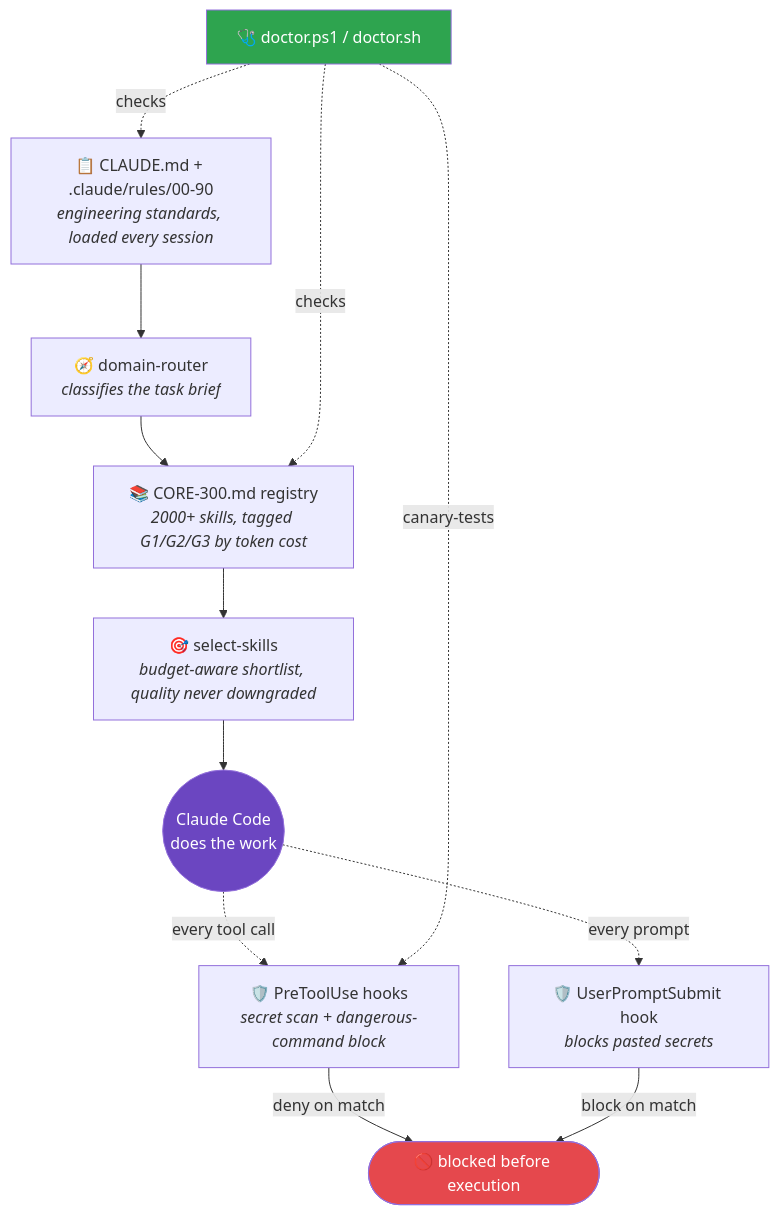
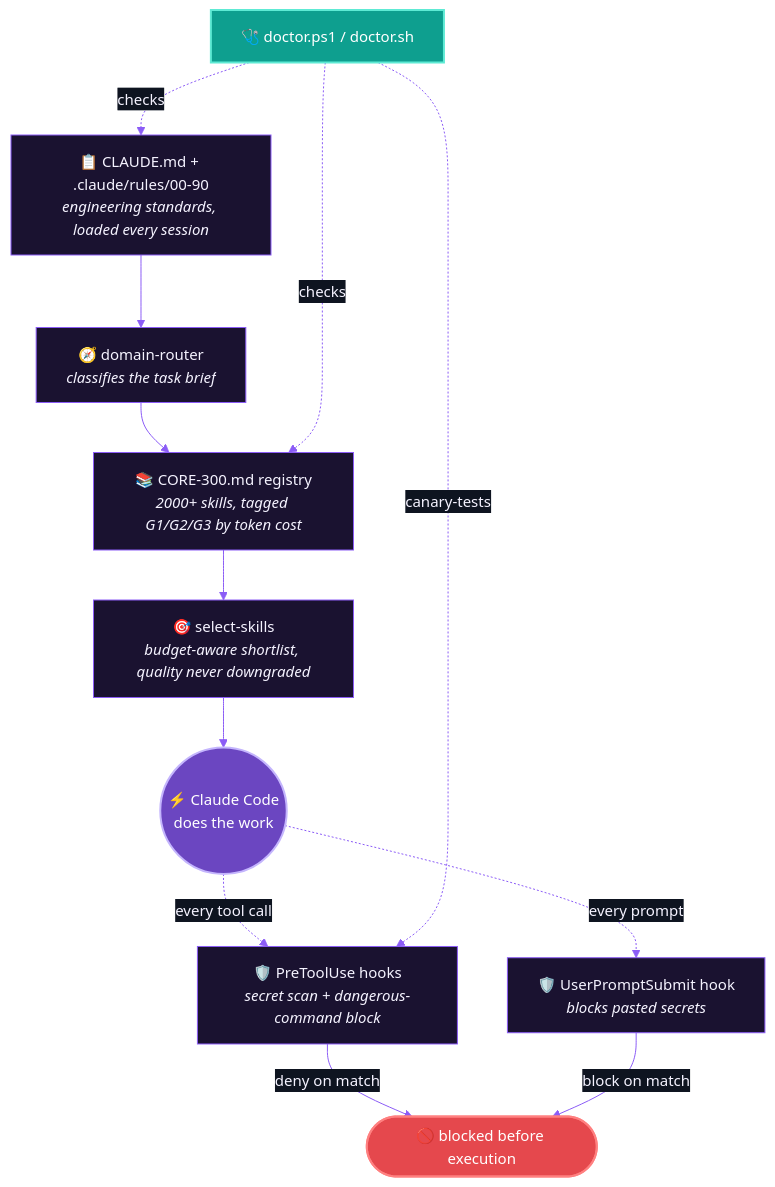
Before and after one commit to srednoff888-art/srednoff-os-for-claude: the diagram in README.md, drawn with Mermaid. The commit also changed other lines of this file and 7 other files, not shown here.

````diff
--- a/README.md
+++ b/README.md
@@ -42,18 +76,23 @@
 ```mermaid
+%%{init: {'theme':'base', 'themeVariables': {
+  'primaryColor':'#1a1230', 'primaryTextColor':'#f5f3ff', 'primaryBorderColor':'#8b5cf6',
+  'lineColor':'#8b5cf6', 'secondaryColor':'#0e1420', 'tertiaryColor':'#0a0a12',
+  'fontFamily':'Segoe UI, sans-serif', 'fontSize':'15px'
+}}}%%
 flowchart TD
     A["📋 CLAUDE.md + .claude/rules/00-90<br/><i>engineering standards, loaded every session</i>"] --> B["🧭 domain-router<br/><i>classifies the task brief</i>"]
     B --> C["📚 CORE-300.md registry<br/><i>2000+ skills, tagged G1/G2/G3 by token cost</i>"]
     C --> D["🎯 select-skills<br/><i>budget-aware shortlist, quality never downgraded</i>"]
-    D --> E(("Claude Code<br/>does the work"))
+    D --> E(("⚡ Claude Code<br/>does the work"))
     E -.every tool call.-> F["🛡️ PreToolUse hooks<br/><i>secret scan + dangerous-command block</i>"]
     E -.every prompt.-> G["🛡️ UserPromptSubmit hook<br/><i>blocks pasted secrets</i>"]
     F -->|deny on match| X(["🚫 blocked before execution"])
     G -->|block on match| X
     H["🩺 doctor.ps1 / doctor.sh"] -.checks.-> A
     H -.checks.-> C
     H -.canary-tests.-> F
 
-    style E fill:#6b46c1,color:#fff
-    style X fill:#e5484d,color:#fff
-    style H fill:#2ea44f,color:#fff
+    style E fill:#6b46c1,color:#fff,stroke:#c4b5fd,stroke-width:2px
+    style X fill:#e5484d,color:#fff,stroke:#ff8080,stroke-width:2px
+    style H fill:#0e9f8f,color:#fff,stroke:#5eead4,stroke-width:2px
 ```
````
